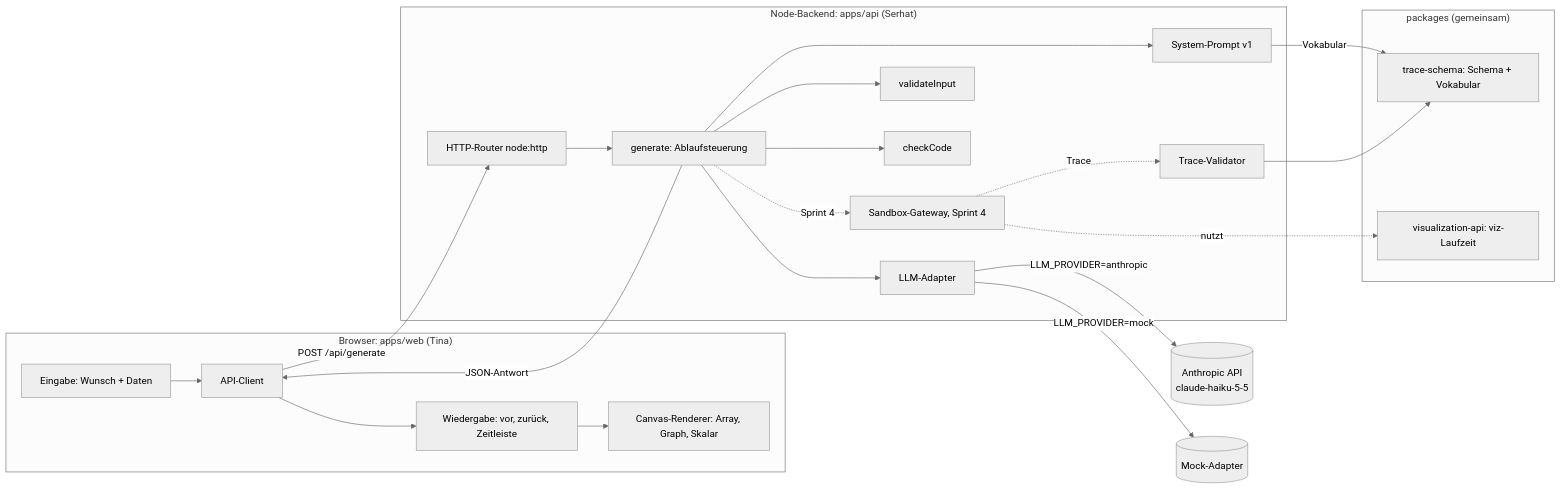
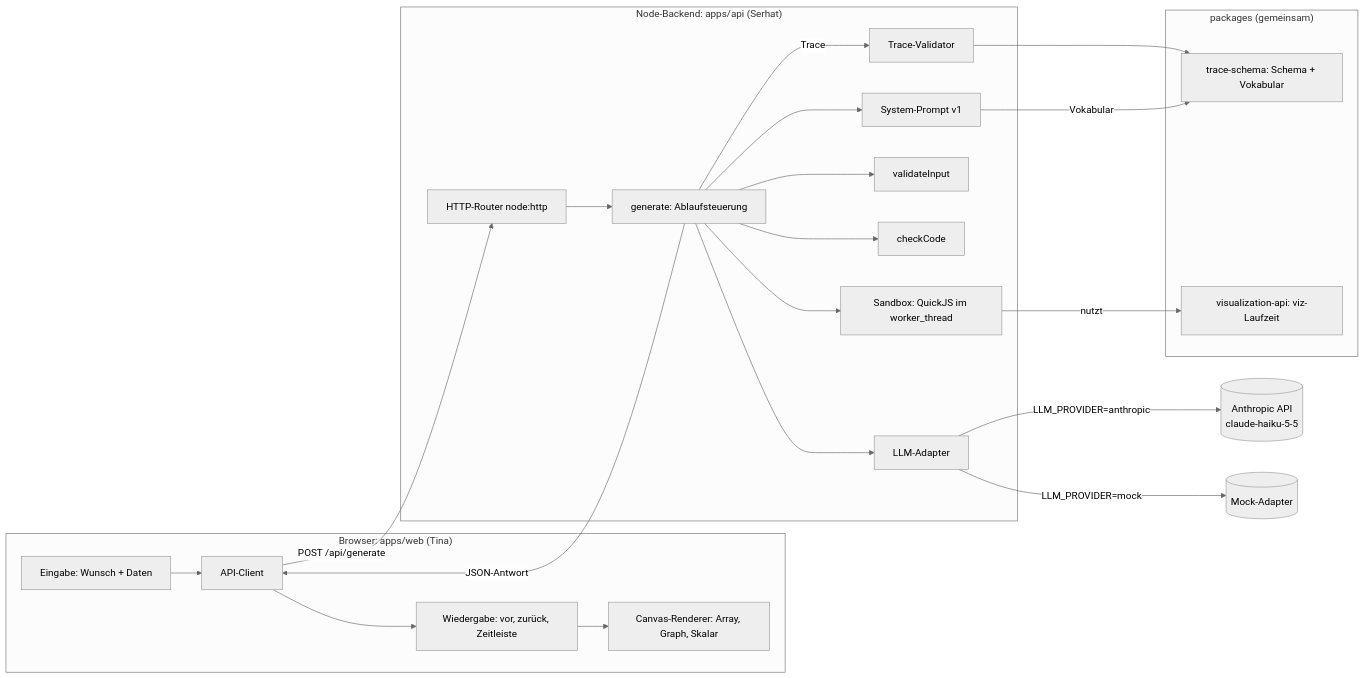
Before and after one commit to ts-technikum/sepj-ws26: the first of 3 diagrams in docs/architektur-sprint3.md, drawn with Mermaid (neutral theme). The commit also changed other lines of this file and 12 other files, not shown here.

First line of the commit message:
feat(api): Sandbox mit QuickJS im worker_thread, Trace in /api/generate

````diff
--- a/docs/architektur-sprint3.md
+++ b/docs/architektur-sprint3.md
@@ -19,42 +19,42 @@
 ```mermaid
 flowchart LR
   subgraph Browser["Browser: apps/web (Tina)"]
     UI[Eingabe: Wunsch + Daten]
     CL[API-Client]
     PB[Wiedergabe: vor, zurück, Zeitleiste]
     CV[Canvas-Renderer: Array, Graph, Skalar]
   end
 
   subgraph API["Node-Backend: apps/api (Serhat)"]
     R[HTTP-Router node:http]
     G[generate: Ablaufsteuerung]
     PR[System-Prompt v1]
     AD[LLM-Adapter]
     VI[validateInput]
     CC[checkCode]
-    SB[Sandbox-Gateway, Sprint 4]
+    SB[Sandbox: QuickJS im worker_thread]
     TV[Trace-Validator]
   end
 
   subgraph Pakete["packages (gemeinsam)"]
     TS[trace-schema: Schema + Vokabular]
     VA[visualization-api: viz-Laufzeit]
   end
 
   LLM[(Anthropic API<br/>claude-haiku-5-5)]
   MOCK[(Mock-Adapter)]
 
   UI --> CL -->|POST /api/generate| R --> G
   G --> PR
   G --> AD
   AD -->|LLM_PROVIDER=anthropic| LLM
   AD -->|LLM_PROVIDER=mock| MOCK
   G --> VI
   G --> CC
-  G -. Sprint 4 .-> SB
-  SB -. nutzt .-> VA
-  SB -. Trace .-> TV
+  G --> SB
+  SB -->|nutzt| VA
+  G -->|Trace| TV
   TV --> TS
   PR -->|Vokabular| TS
   G -->|JSON-Antwort| CL --> PB --> CV
 ```
````
